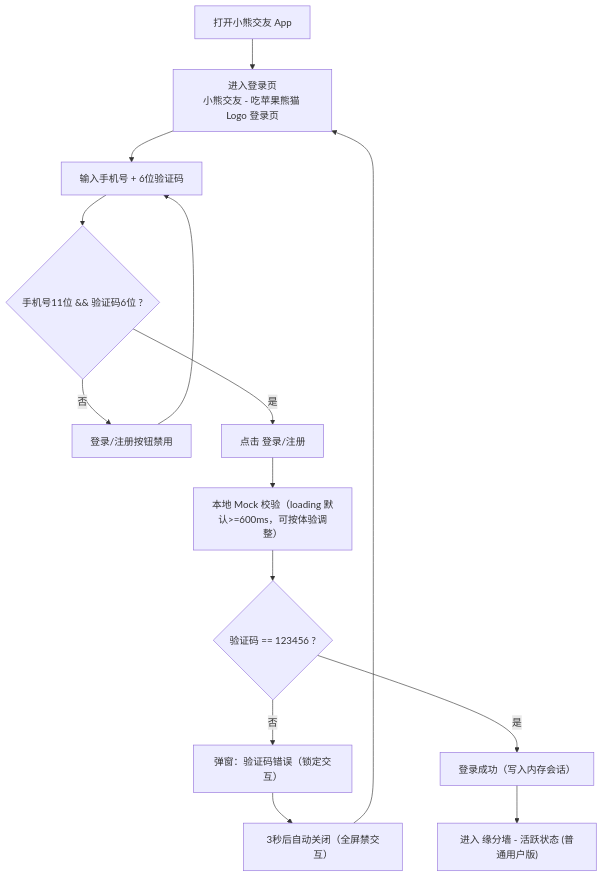
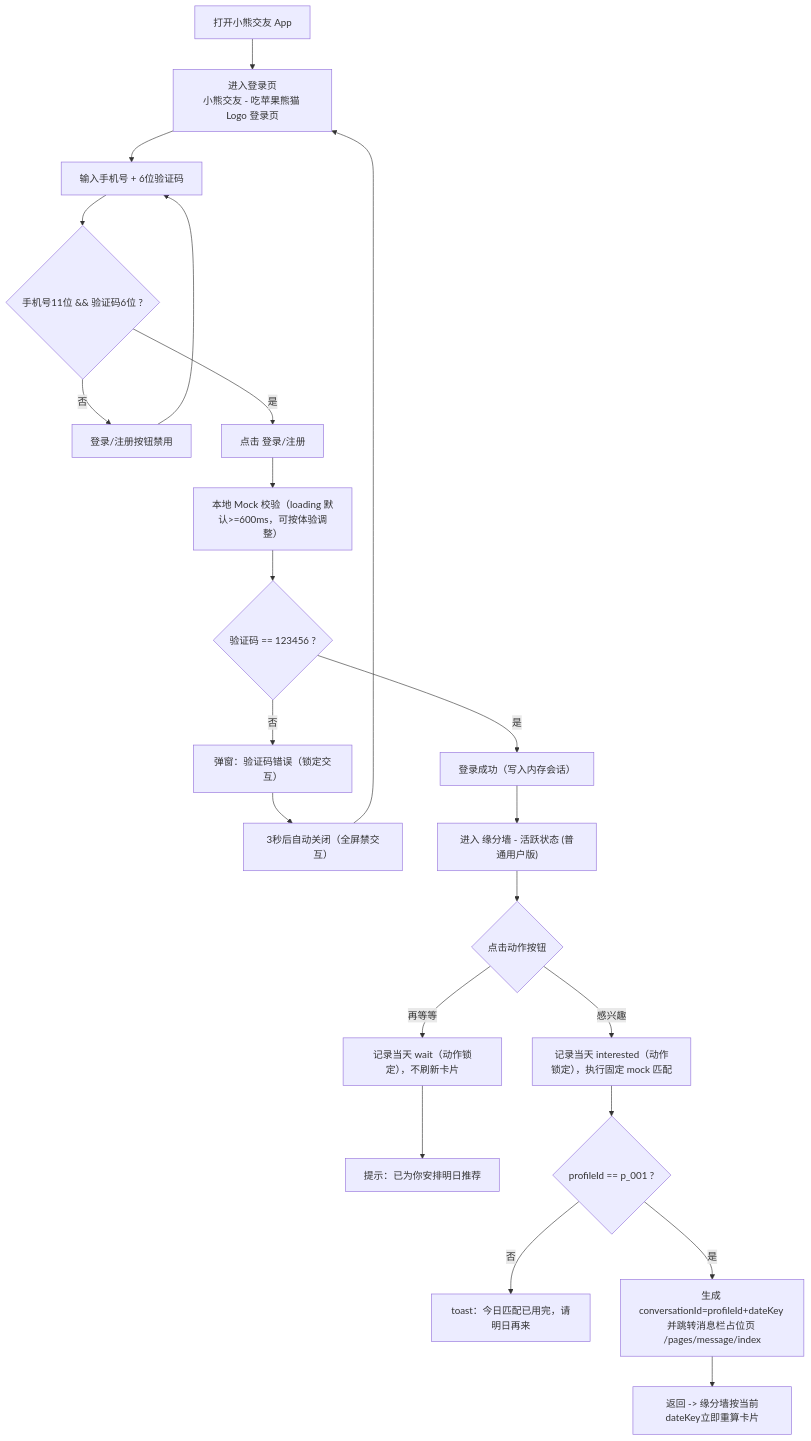
Before and after one commit to xiahuyun/panda: the diagram in panda-mobile/docs/product/interaction-flow.md, drawn with Mermaid. The commit also changed other lines of this file and 17 other files, not shown here.

````diff
--- a/panda-mobile/docs/product/interaction-flow.md
+++ b/panda-mobile/docs/product/interaction-flow.md
@@ -5,16 +5,24 @@
 ```mermaid
 flowchart TD
   A["打开小熊交友 App"] --> B["进入登录页<br/>小熊交友 - 吃苹果熊猫 Logo 登录页"]
   B --> C["输入手机号 + 6位验证码"]
   C --> D{"手机号11位 && 验证码6位 ?"}
   D -- "否" --> E["登录/注册按钮禁用"]
   E --> C
   D -- "是" --> F["点击 登录/注册"]
   F --> G["本地 Mock 校验（loading 默认>=600ms，可按体验调整）"]
   G --> H{"验证码 == 123456 ?"}
   H -- "否" --> I["弹窗：验证码错误（锁定交互）"]
   I --> J["3秒后自动关闭（全屏禁交互）"]
   J --> B
   H -- "是" --> K["登录成功（写入内存会话）"]
   K --> L["进入 缘分墙 - 活跃状态 (普通用户版)"]
+  L --> M{"点击动作按钮"}
+  M -- "再等等" --> N["记录当天 wait（动作锁定），不刷新卡片"]
+  N --> O["提示：已为你安排明日推荐"]
+  M -- "感兴趣" --> P["记录当天 interested（动作锁定），执行固定 mock 匹配"]
+  P --> Q{"profileId == p_001 ?"}
+  Q -- "否" --> R["toast：今日匹配已用完，请明日再来"]
+  Q -- "是" --> S["生成 conversationId=profileId+dateKey 并跳转消息栏占位页 /pages/message/index"]
+  S --> T["返回 -> 缘分墙按当前dateKey立即重算卡片"]
 ```
````
